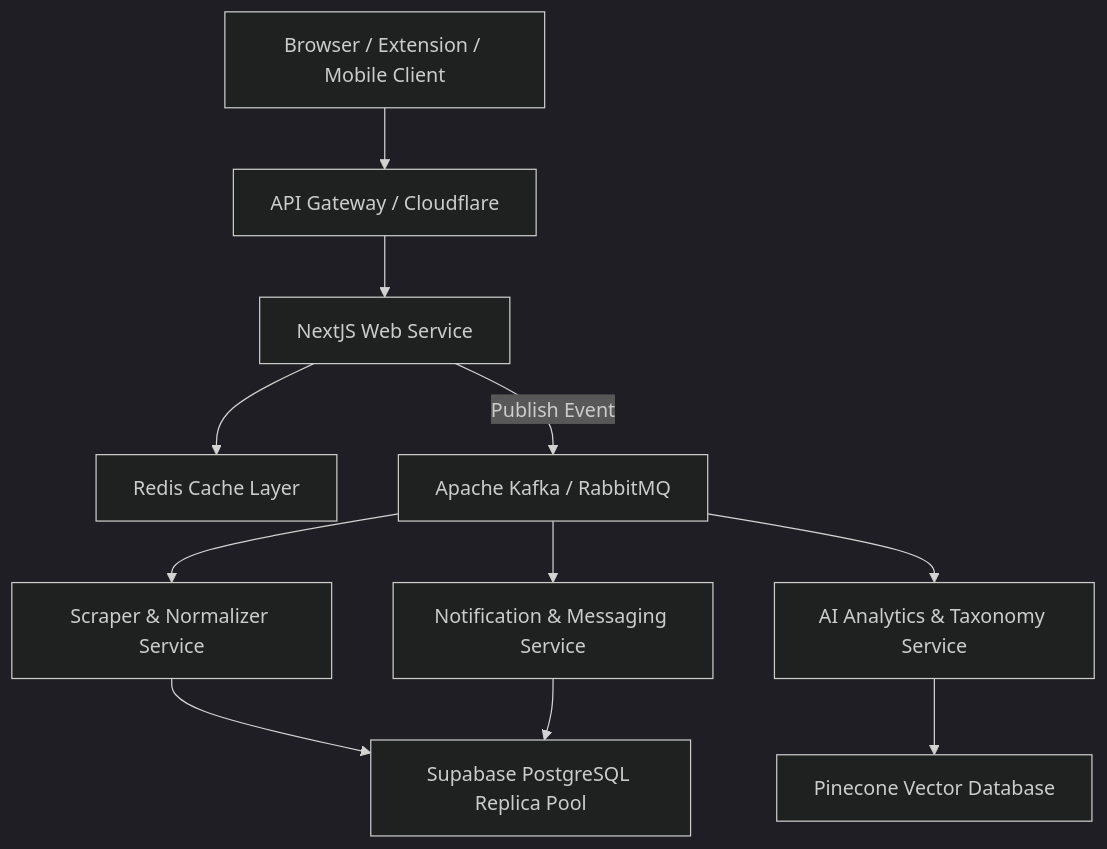
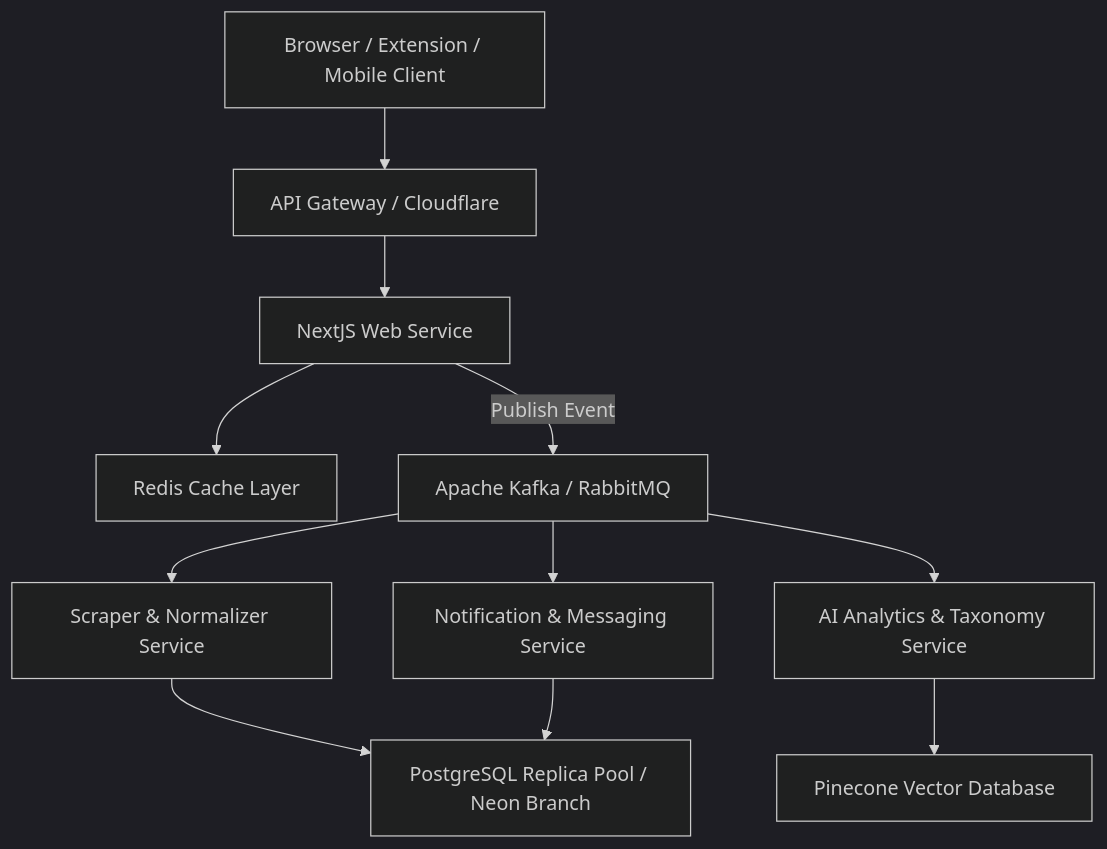
One commit to Wenodh/WishHub changed the diagram in verification/LONG_TERM_ARCHITECTURE.md. Above: the diagram before and after it, drawn with Mermaid (dark theme). The commit also changed 14 other files, not shown here.

````diff
--- a/verification/LONG_TERM_ARCHITECTURE.md
+++ b/verification/LONG_TERM_ARCHITECTURE.md
@@ -6,22 +6,22 @@
 ```mermaid
 graph TD
     %% User entry
     client[Browser / Extension / Mobile Client] --> api_gw[API Gateway / Cloudflare]
 
     %% NextJS Web Service
     api_gw --> web_service[NextJS Web Service]
     web_service --> cache[Redis Cache Layer]
 
     %% Event Broker
     web_service -- Publish Event --> event_bus[Apache Kafka / RabbitMQ]
 
     %% Decoupled Workers
     event_bus --> scraper_service[Scraper & Normalizer Service]
     event_bus --> notification_service[Notification & Messaging Service]
     event_bus --> ai_service[AI Analytics & Taxonomy Service]
 
     %% Databases
-    scraper_service --> pg_pool[Supabase PostgreSQL Replica Pool]
+    scraper_service --> pg_pool[PostgreSQL Replica Pool / Neon Branch]
     notification_service --> pg_pool
     ai_service --> vector_db[Pinecone Vector Database]
 ```
````
